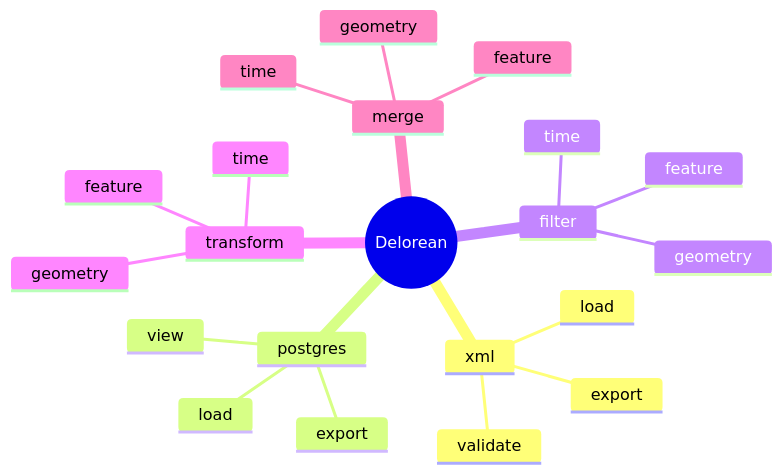
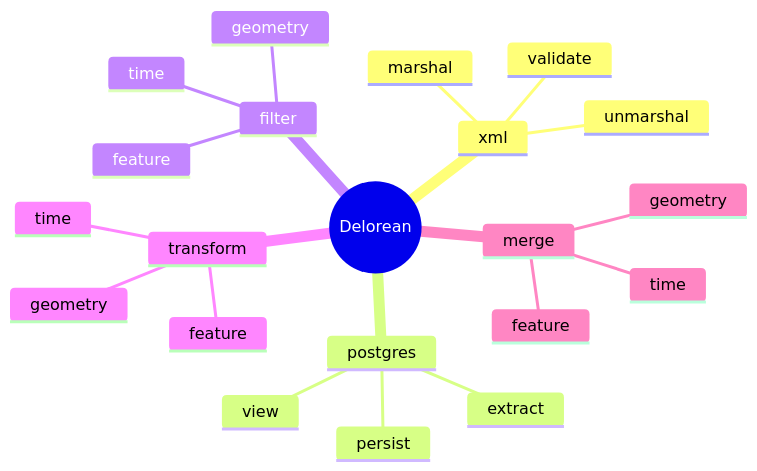
One commit to 3l-gee/delorean-aixm changed the diagram in README.md. Above: the diagram before and after it, drawn with Mermaid. The commit also changed 33 other files, not shown here.

````diff
--- a/README.md
+++ b/README.md
@@ -5,24 +5,24 @@
 ```mermaid
 mindmap
     root((Delorean))
         xml
-            load
-            export
+            unmarshal
+            marshal
             validate
         postgres
-            load
-            export
+            persist
+            extract
             view
         filter
             feature
             time
             geometry
         transform
             feature
             time
             geometry
         merge
             feature
             time
             geometry
 ```
````
